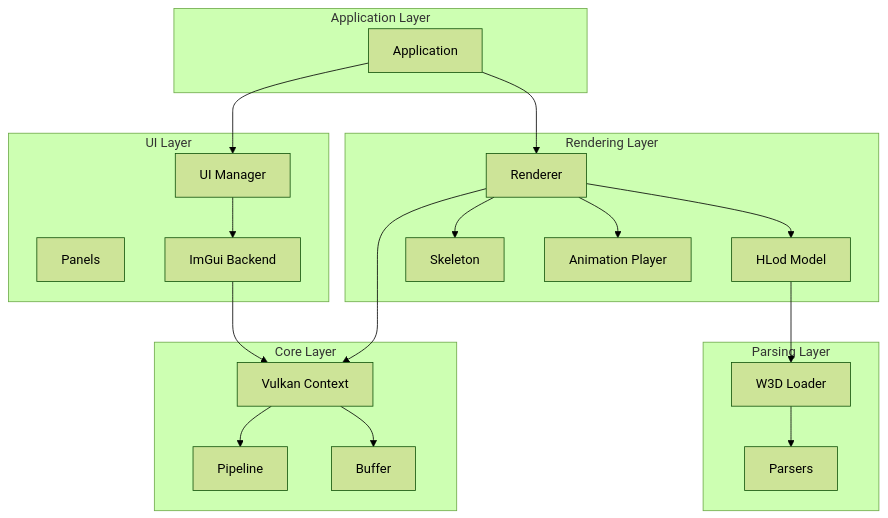
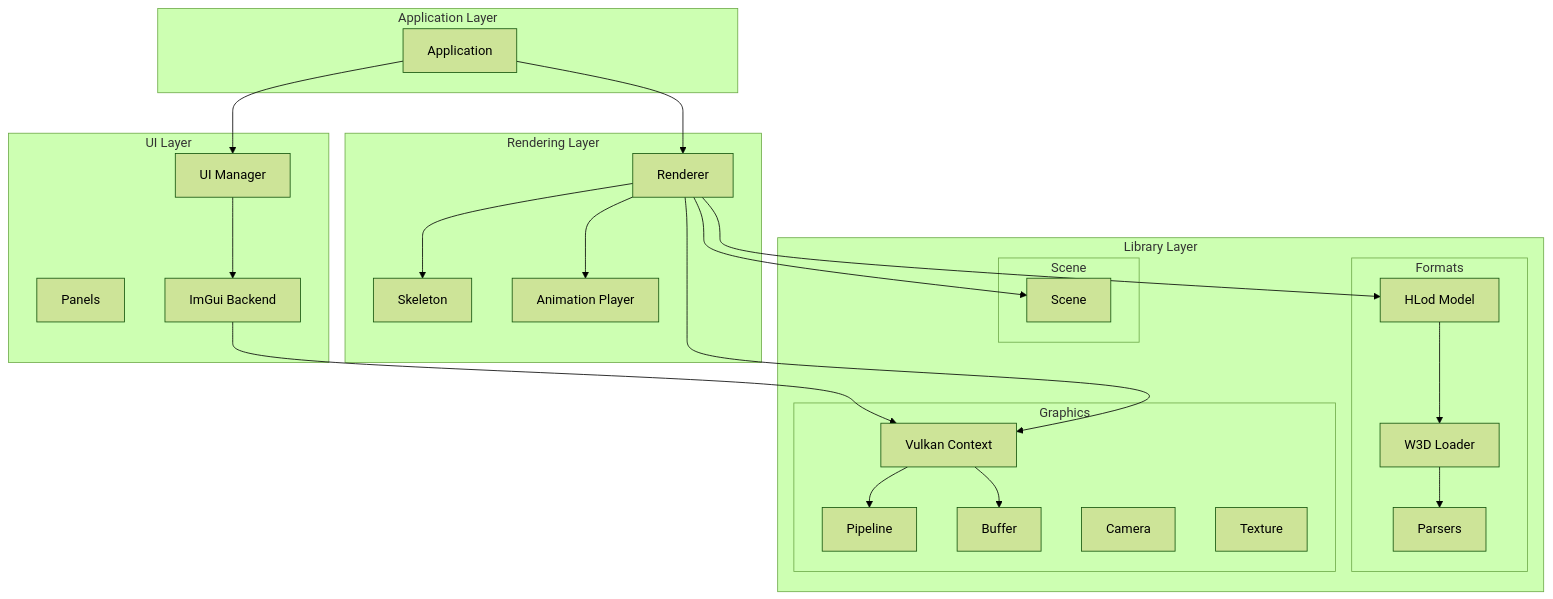
The first of 3 diagrams in docs/architecture/index.md (ViTeXFTW/VulkanW3DViewer), drawn with Mermaid (forest theme) before and after one commit. The commit also changed other lines of this file and 104 other files, not shown here.

````diff
--- a/docs/architecture/index.md
+++ b/docs/architecture/index.md
@@ -9,43 +9,50 @@
 ```mermaid
 graph TB
     subgraph "Application Layer"
         APP[Application]
     end
 
     subgraph "UI Layer"
         UI[UI Manager]
         PANELS[Panels]
         IMGUI[ImGui Backend]
     end
 
     subgraph "Rendering Layer"
         RENDER[Renderer]
-        HLOD[HLod Model]
         SKEL[Skeleton]
         ANIM[Animation Player]
     end
 
-    subgraph "Parsing Layer"
-        LOADER[W3D Loader]
-        PARSERS[Parsers]
-    end
-
-    subgraph "Core Layer"
-        CTX[Vulkan Context]
-        PIPE[Pipeline]
-        BUF[Buffer]
+    subgraph "Library Layer"
+        subgraph "Formats"
+            LOADER[W3D Loader]
+            PARSERS[Parsers]
+            HLOD[HLod Model]
+        end
+        subgraph "Graphics"
+            CTX[Vulkan Context]
+            PIPE[Pipeline]
+            BUF[Buffer]
+            CAM[Camera]
+            TEX[Texture]
+        end
+        subgraph "Scene"
+            SCENE[Scene]
+        end
     end
 
     APP --> UI
     APP --> RENDER
-    RENDER --> HLOD
     RENDER --> SKEL
     RENDER --> ANIM
+    RENDER --> HLOD
     HLOD --> LOADER
     LOADER --> PARSERS
     RENDER --> CTX
     CTX --> PIPE
     CTX --> BUF
     UI --> IMGUI
     IMGUI --> CTX
+    RENDER --> SCENE
 ```
````
